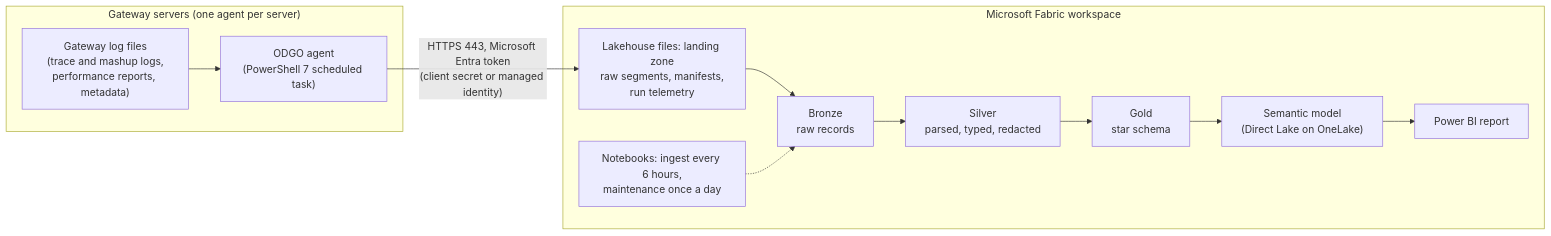
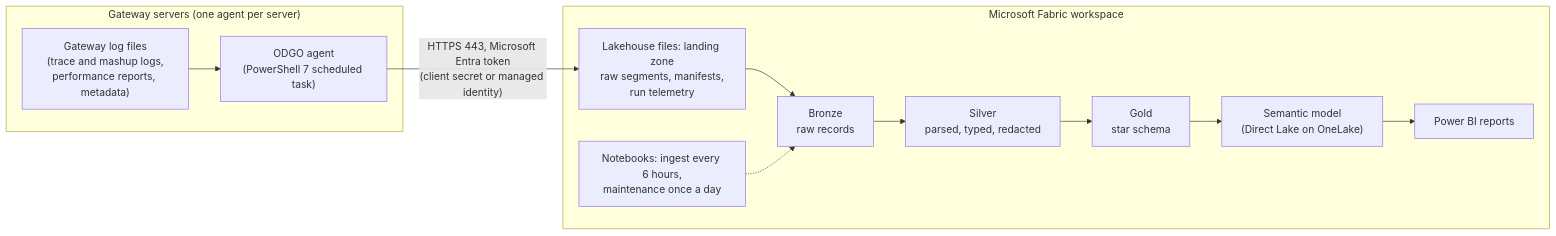
Before and after one commit to Pulsweb/ODGO: the diagram in README.md, drawn with Mermaid. The commit also changed other lines of this file and 299 other files, not shown here.

````diff
--- a/README.md
+++ b/README.md
@@ -95,13 +95,13 @@
 ```mermaid
 flowchart LR
     subgraph OnPrem["Gateway servers (one agent per server)"]
         L["Gateway log files<br/>(trace and mashup logs,<br/>performance reports, metadata)"] --> A["ODGO agent<br/>(PowerShell 7 scheduled task)"]
     end
     A -- "HTTPS 443, Microsoft Entra token<br/>(client secret or managed identity)" --> LZ
     subgraph Fabric["Microsoft Fabric workspace"]
         LZ["Lakehouse files: landing zone<br/>raw segments, manifests,<br/>run telemetry"] --> B["Bronze<br/>raw records"]
         B --> S["Silver<br/>parsed, typed, redacted"] --> G["Gold<br/>star schema"]
-        G --> M["Semantic model<br/>(Direct Lake on OneLake)"] --> R["Power BI report"]
+        G --> M["Semantic model<br/>(Direct Lake on OneLake)"] --> R["Power BI reports"]
         N["Notebooks: ingest every 6 hours,<br/>maintenance once a day"] -.-> B
     end
 ```
````
